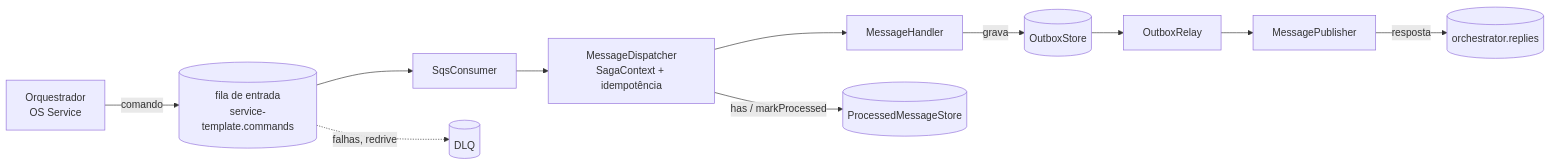
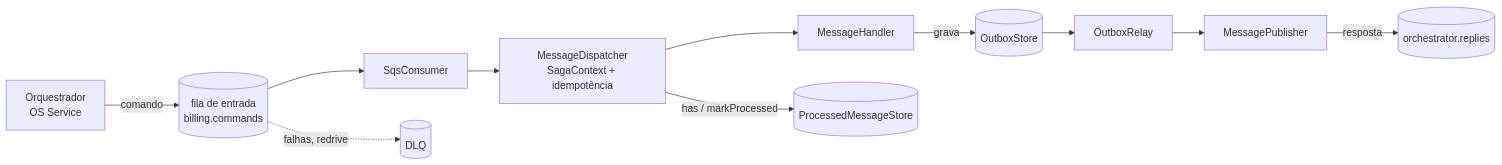
Before and after one commit to pedruvaz/tech-challenge-fiap-billing: the diagram in README.md, drawn with Mermaid. The commit also changed other lines of this file and 14 other files, not shown here.

Commit message:
chore: cria o serviço billing a partir do template

````diff
--- a/README.md
+++ b/README.md
@@ -11,13 +11,13 @@
 ```mermaid
 flowchart LR
-  ORQ[Orquestrador<br/>OS Service] -- comando --> IN[(fila de entrada<br/>service-template.commands)]
+  ORQ[Orquestrador<br/>OS Service] -- comando --> IN[(fila de entrada<br/>billing.commands)]
   IN --> C[SqsConsumer]
   C --> D[MessageDispatcher<br/>SagaContext + idempotência]
   D --> H[MessageHandler]
   H -- grava --> O[(OutboxStore)]
   D -- has / markProcessed --> P[(ProcessedMessageStore)]
   O --> R[OutboxRelay]
   R --> PUB[MessagePublisher]
   PUB -- resposta --> REP[(orchestrator.replies)]
   IN -. falhas, redrive .-> DLQ[(DLQ)]
 ```
````
